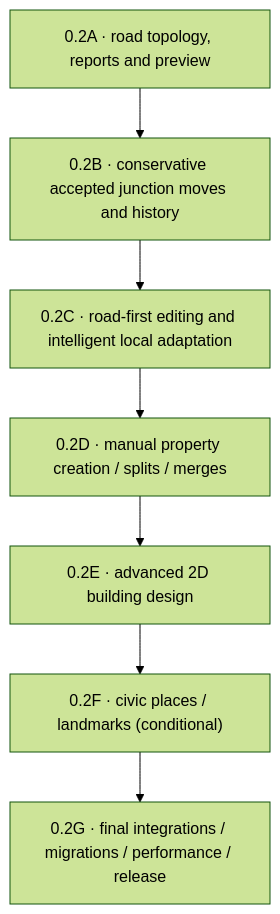
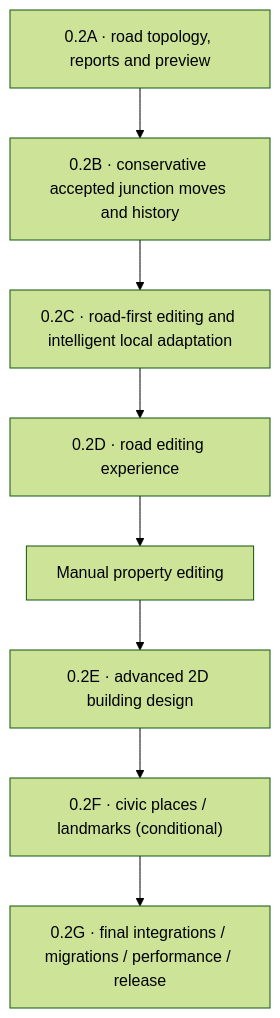
One commit to xbwtyz/Mappo changed the diagram in docs/plans/0.2/README.md. Above: the diagram before and after it, drawn with Mermaid (forest theme). The commit also changed other lines of this file and 4 other files, not shown here.

Commit message:
Document C7 closeout and the 0.2D road editing plan

````diff
--- a/docs/plans/0.2/README.md
+++ b/docs/plans/0.2/README.md
@@ -15,9 +15,10 @@
 ```mermaid
 flowchart TD
   A["0.2A · road topology, reports and preview"] --> B["0.2B · conservative accepted junction moves and history"]
   B --> C["0.2C · road-first editing and intelligent local adaptation"]
-  C --> D["0.2D · manual property creation / splits / merges"]
-  D --> E["0.2E · advanced 2D building design"]
+  C --> D["0.2D · road editing experience"]
+  D --> P["Manual property editing"]
+  P --> E["0.2E · advanced 2D building design"]
   E --> F["0.2F · civic places / landmarks (conditional)"]
   F --> G["0.2G · final integrations / migrations / performance / release"]
 ```
````
